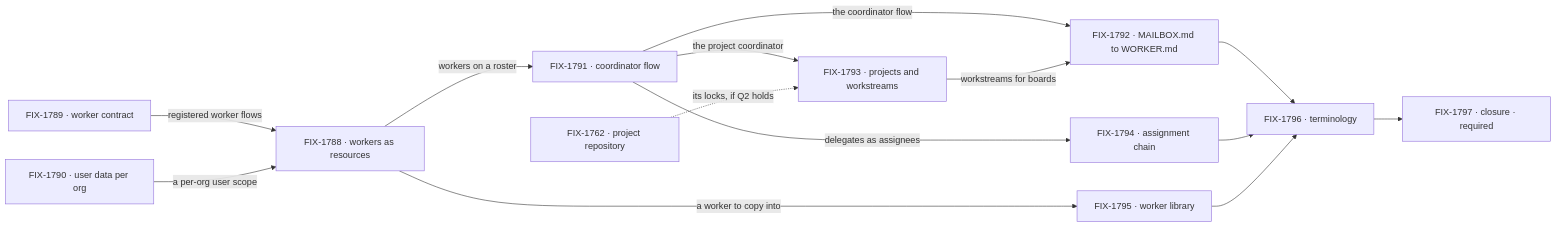
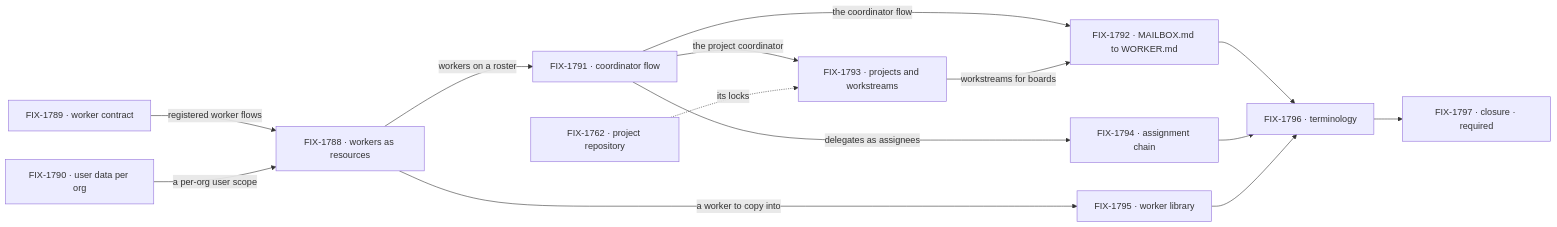
The second of 2 diagrams in specs/epics/FIX-1786/SPEC.md (fixpoint-labs/flow-state-dev), drawn with Mermaid before and after one commit. The commit also changed other lines of this file and 7 other files, not shown here.

````diff
--- a/specs/epics/FIX-1786/SPEC.md
+++ b/specs/epics/FIX-1786/SPEC.md
@@ -96,16 +96,16 @@
 ```mermaid
 flowchart LR
   C["FIX-1789 · worker contract"] -->|"registered worker flows"| W["FIX-1788 · workers as resources"]
   O["FIX-1790 · user data per org"] -->|"a per-org user scope"| W
   W -->|"workers on a roster"| K["FIX-1791 · coordinator flow"]
   W -->|"a worker to copy into"| L["FIX-1795 · worker library"]
   K -->|"the project coordinator"| P["FIX-1793 · projects and workstreams"]
   K -->|"delegates as assignees"| H["FIX-1794 · assignment chain"]
   K -->|"the coordinator flow"| M["FIX-1792 · MAILBOX.md to WORKER.md"]
   P -->|"workstreams for boards"| M
   M --> T["FIX-1796 · terminology"]
   H --> T
   L --> T
   T --> Z["FIX-1797 · closure · required"]
-  X["FIX-1762 · project repository"] -.->|"its locks, if Q2 holds"| P
+  X["FIX-1762 · project repository"] -.->|"its locks"| P
 ```
````
